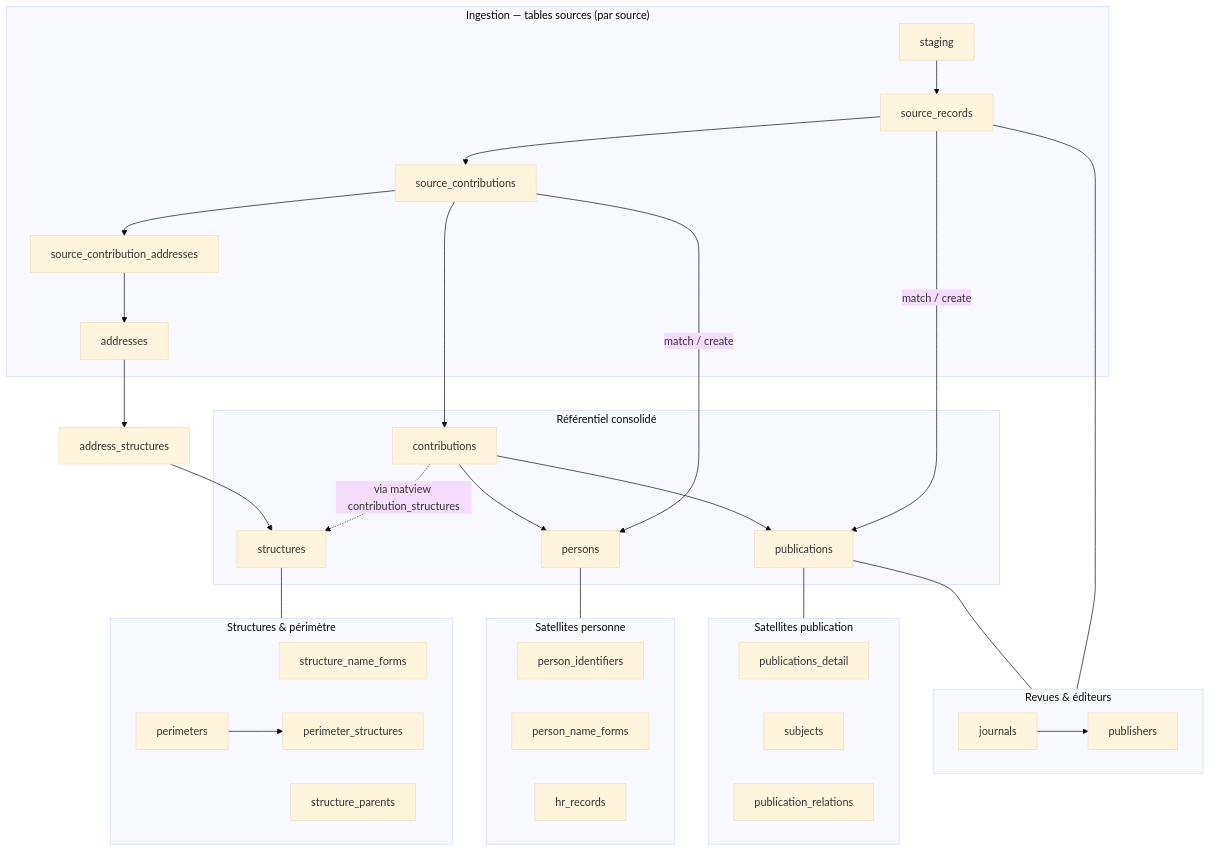
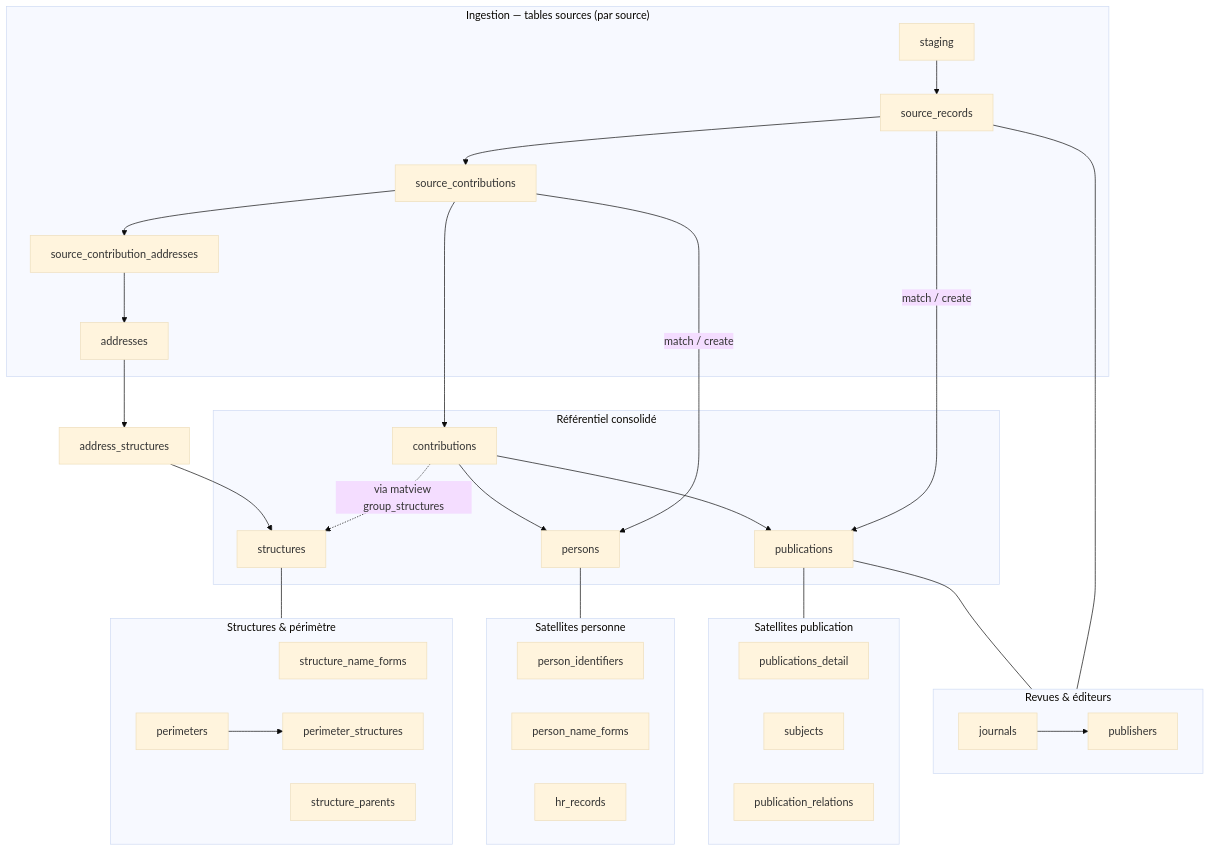
Before and after one commit to Y33sha/bibliometrie-uca: the diagram in docs/donnees/09-index-des-tables.md, drawn with Mermaid (base theme). The commit also changed other lines of this file and 18 other files, not shown here.

First line of the commit message:
refactor(contributions): suppression de la vue contribution_structures

````diff
--- a/docs/donnees/09-index-des-tables.md
+++ b/docs/donnees/09-index-des-tables.md
@@ -9,48 +9,48 @@
 ```mermaid
 flowchart TB
     subgraph ingestion["Ingestion — tables sources (par source)"]
         staging --> source_records --> source_contributions
         source_contributions --> source_contribution_addresses --> addresses
     end
 
     subgraph publishing["Revues & éditeurs"]
         journals --> publishers
     end
 
     subgraph canon["Référentiel consolidé"]
         publications
         contributions
         structures
         persons
     end
 
     source_records -->|match / create| publications
     source_contributions -->|match / create| persons
     source_contributions --> contributions
     contributions --> publications
     contributions --> persons
-    contributions -.->|via matview contribution_structures| structures
+    contributions -.->|via matview group_structures| structures
     addresses --> address_structures --> structures
     source_records --- publishing
     publications --- publishing
 
     subgraph satP["Satellites publication"]
         publications_detail
         subjects
         publication_relations
     end
     subgraph satS["Structures & périmètre"]
         structure_name_forms
         structure_parents
         perimeters --> perimeter_structures
     end
     subgraph satN["Satellites personne"]
         person_identifiers
         person_name_forms
         hr_records
     end
 
     publications --- satP
     structures --- satS
     persons --- satN
 ```
````
